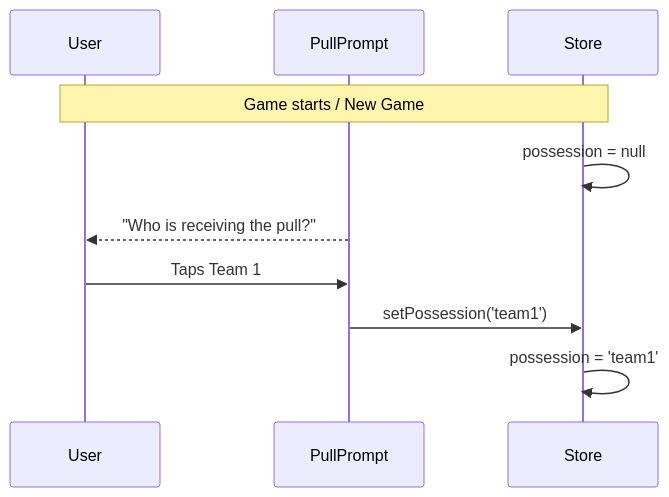
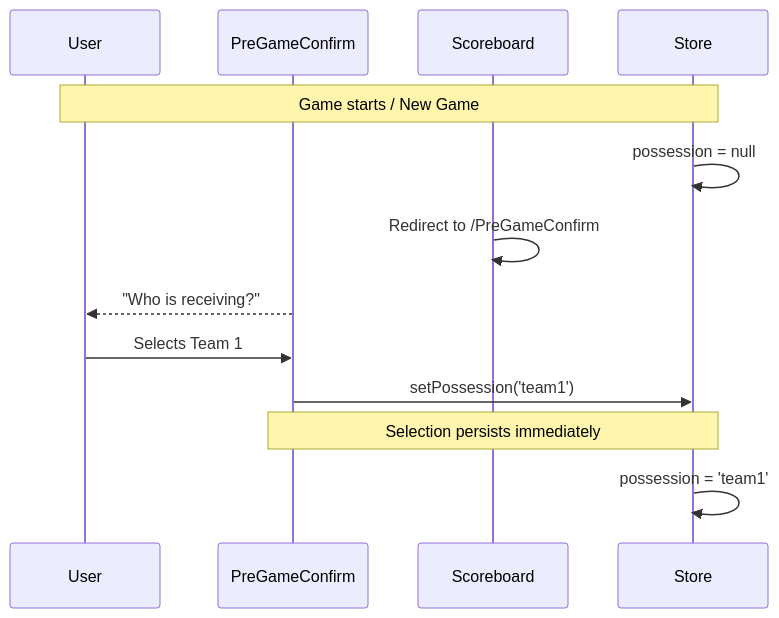
The first of 4 diagrams in docs/turnover-tracking.md (DanLang1/ultimatestats), drawn with Mermaid before and after one commit. The commit also changed other lines of this file and 56 other files, not shown here.

````diff
--- a/docs/turnover-tracking.md
+++ b/docs/turnover-tracking.md
@@ -59,13 +59,16 @@
 ```mermaid
 sequenceDiagram
     participant User
-    participant PullPrompt
+    participant PreGameConfirm
+    participant Scoreboard
     participant Store
 
     Note over User,Store: Game starts / New Game
     Store->>Store: possession = null
-    PullPrompt-->>User: "Who is receiving the pull?"
-    User->>PullPrompt: Taps Team 1
-    PullPrompt->>Store: setPossession('team1')
+    Scoreboard->>Scoreboard: Redirect to /PreGameConfirm
+    PreGameConfirm-->>User: "Who is receiving?"
+    User->>PreGameConfirm: Selects Team 1
+    PreGameConfirm->>Store: setPossession('team1')
+    Note over PreGameConfirm,Store: Selection persists immediately
     Store->>Store: possession = 'team1'
 ```
````
